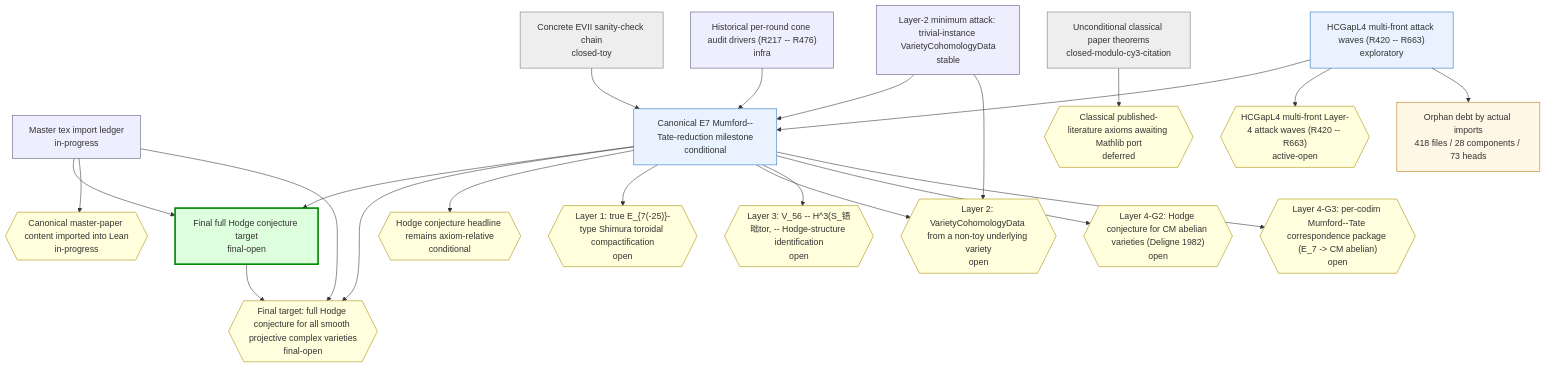
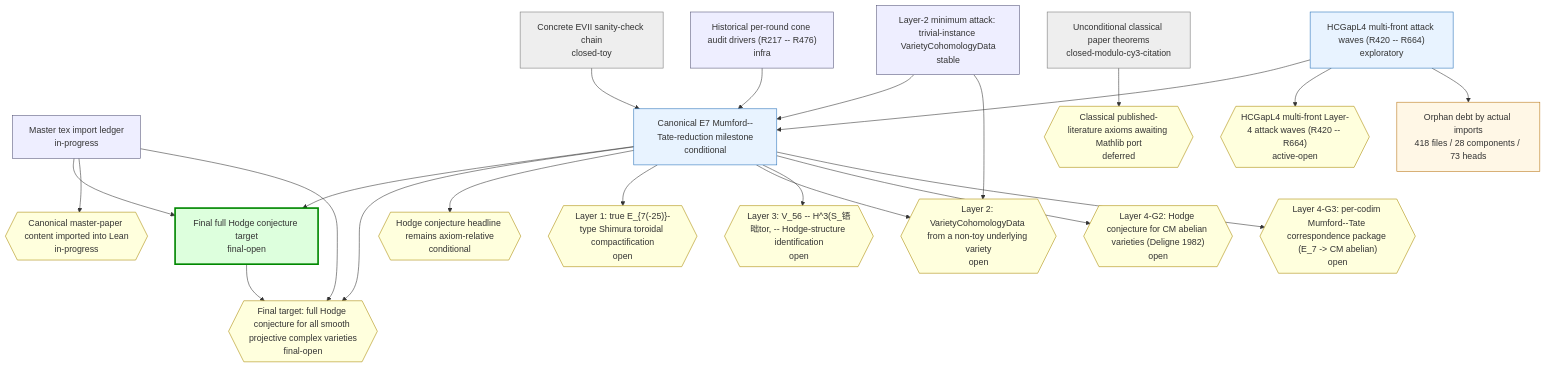
One commit to crabsatellite/hodge-conjecture-lean4-formalization changed the first of 2 diagrams in chain-status/research-map.md. Above: the diagram before and after it, drawn with Mermaid. The commit also changed other lines of this file and 8 other files, not shown here.

````diff
--- a/chain-status/research-map.md
+++ b/chain-status/research-map.md
@@ -46,54 +46,54 @@
 ```mermaid
 graph TD
   classDef main fill:#dfd,stroke:#080,stroke-width:3px
   classDef active fill:#e8f3ff,stroke:#2670b8
   classDef support fill:#eef,stroke:#557
   classDef closed fill:#eee,stroke:#777
   classDef dead fill:#fdd,stroke:#a00,stroke-width:2px
   classDef gapOpen fill:#ffd,stroke:#a80
   classDef gapClosed fill:#eee,stroke:#777
   classDef gapDead fill:#fdd,stroke:#a00
   classDef debt fill:#fff7e6,stroke:#b87514
   classDef debtTaxonomy fill:#e8f3ff,stroke:#2670b8,stroke-dasharray:3 3
   classDef debtRule fill:#eefbea,stroke:#398439,stroke-dasharray:3 3
   classDef debtDead fill:#fdd,stroke:#a00,stroke-dasharray:3 3
   chain_full_hc_final_target["Final full Hodge conjecture target\nfinal-open"]:::main
   chain_master_paper_import_ledger["Master tex import ledger\nin-progress"]:::support
   chain_main_hc_axiom_relative["Canonical E7 Mumford--Tate-reduction milestone\nconditional"]:::active
   chain_unconditional_classical["Unconditional classical paper theorems\nclosed-modulo-cy3-citation"]:::closed
   chain_hcgap_l2_trivial_instances["Layer-2 minimum attack: trivial-instance VarietyCohomologyData\nstable"]:::support
-  chain_hcgap_l4_multifront_active["HCGapL4 multi-front attack waves (R420 -- R663)\nexploratory"]:::active
+  chain_hcgap_l4_multifront_active["HCGapL4 multi-front attack waves (R420 -- R664)\nexploratory"]:::active
   chain_concrete_evii_toy["Concrete EVII sanity-check chain\nclosed-toy"]:::closed
   chain_historical_cone_audits["Historical per-round cone audit drivers (R217 -- R476)\ninfra"]:::support
   gap_G_full_hc{{"Final target: full Hodge conjecture for all smooth projective complex varieties\nfinal-open"}}:::gapOpen
   gap_G_master_paper_import{{"Canonical master-paper content imported into Lean\nin-progress"}}:::gapOpen
   gap_G_main_hc{{"Hodge conjecture headline remains axiom-relative\nconditional"}}:::gapOpen
   gap_G_l1_e7_shimura_tor{{"Layer 1: true E_{7(-25)}-type Shimura toroidal compactification\nopen"}}:::gapOpen
   gap_G_l2_cohomology_construction{{"Layer 2: VarietyCohomologyData from a non-toy underlying variety\nopen"}}:::gapOpen
   gap_G_l3_v56_mt_identification{{"Layer 3: V_56 -- H^3(S_铻昢tor, -- Hodge-structure identification\nopen"}}:::gapOpen
   gap_G_l4_cm_abelian_hc{{"Layer 4-G2: Hodge conjecture for CM abelian varieties (Deligne 1982)\nopen"}}:::gapOpen
   gap_G_l4_mt_correspondence{{"Layer 4-G3: per-codim Mumford--Tate correspondence package (E_7 -> CM abelian)\nopen"}}:::gapOpen
   gap_G_classical_mathlib_port{{"Classical published-literature axioms awaiting Mathlib port\ndeferred"}}:::gapOpen
-  gap_G_hcgap_l4_multifront{{"HCGapL4 multi-front Layer-4 attack waves (R420 -- R663)\nactive-open"}}:::gapOpen
+  gap_G_hcgap_l4_multifront{{"HCGapL4 multi-front Layer-4 attack waves (R420 -- R664)\nactive-open"}}:::gapOpen
   chain_full_hc_final_target --> gap_G_full_hc
   chain_master_paper_import_ledger --> chain_full_hc_final_target
   chain_master_paper_import_ledger --> gap_G_master_paper_import
   chain_master_paper_import_ledger --> gap_G_full_hc
   chain_main_hc_axiom_relative --> chain_full_hc_final_target
   chain_main_hc_axiom_relative --> gap_G_full_hc
   chain_main_hc_axiom_relative --> gap_G_main_hc
   chain_main_hc_axiom_relative --> gap_G_l1_e7_shimura_tor
   chain_main_hc_axiom_relative --> gap_G_l2_cohomology_construction
   chain_main_hc_axiom_relative --> gap_G_l3_v56_mt_identification
   chain_main_hc_axiom_relative --> gap_G_l4_cm_abelian_hc
   chain_main_hc_axiom_relative --> gap_G_l4_mt_correspondence
   chain_unconditional_classical --> gap_G_classical_mathlib_port
   chain_hcgap_l2_trivial_instances --> chain_main_hc_axiom_relative
   chain_hcgap_l2_trivial_instances --> gap_G_l2_cohomology_construction
   chain_hcgap_l4_multifront_active --> chain_main_hc_axiom_relative
   chain_hcgap_l4_multifront_active --> gap_G_hcgap_l4_multifront
   chain_concrete_evii_toy --> chain_main_hc_axiom_relative
   chain_historical_cone_audits --> chain_main_hc_axiom_relative
   debt_all["Orphan debt by actual imports\n418 files / 28 components / 73 heads"]:::debt
   chain_hcgap_l4_multifront_active --> debt_all
 ```
````
